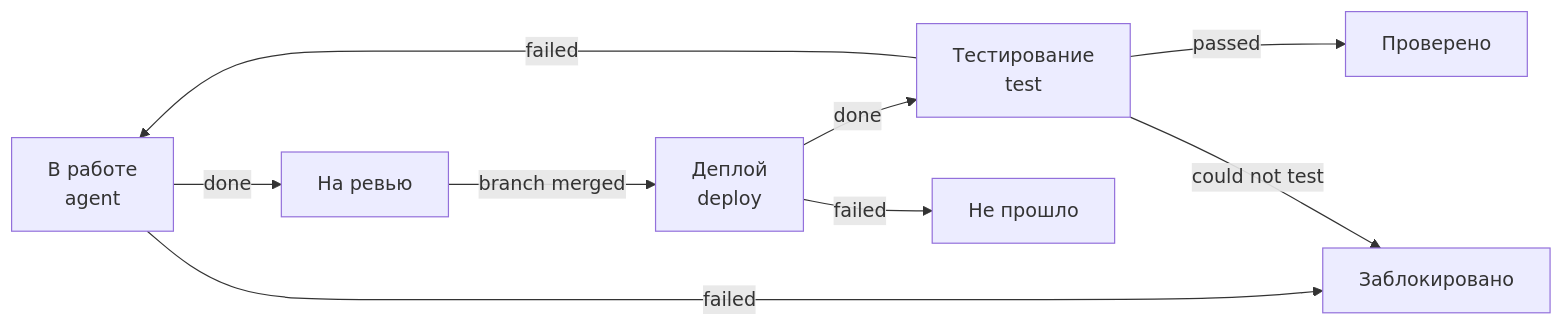
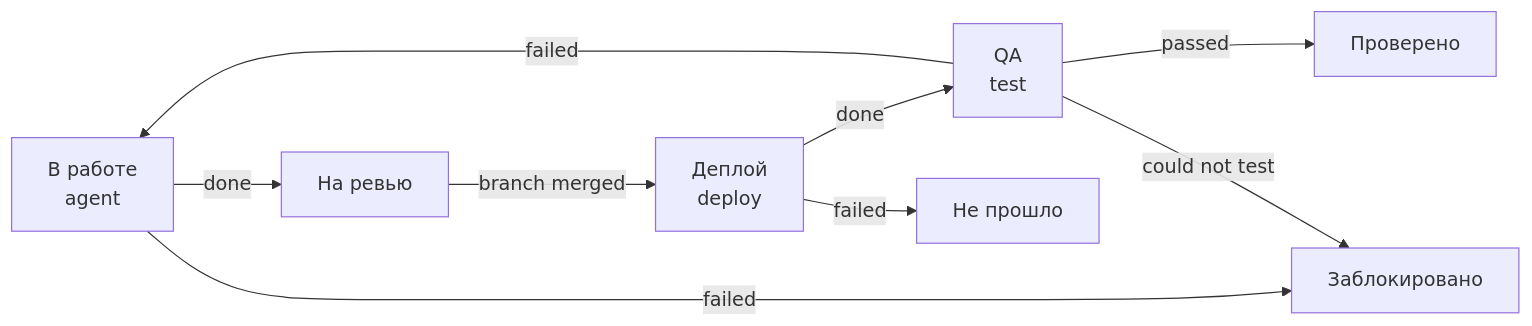
The third of 5 diagrams in docs/flows.md (artipop/xciii), drawn with Mermaid before and after one commit. The commit also changed other lines of this file and 10 other files, not shown here.

````diff
--- a/docs/flows.md
+++ b/docs/flows.md
@@ -235,11 +235,11 @@
 ```mermaid
 flowchart LR
     P["В работе<br/>agent"] -->|done| R["На ревью"]
     P -->|failed| B["Заблокировано"]
     R -->|branch merged| D["Деплой<br/>deploy"]
-    D -->|done| T["Тестирование<br/>test"]
+    D -->|done| T["QA<br/>test"]
     D -->|failed| F["Не прошло"]
     T -->|passed| OK["Проверено"]
     T -->|failed| P
     T -->|could not test| B
 ```
````
